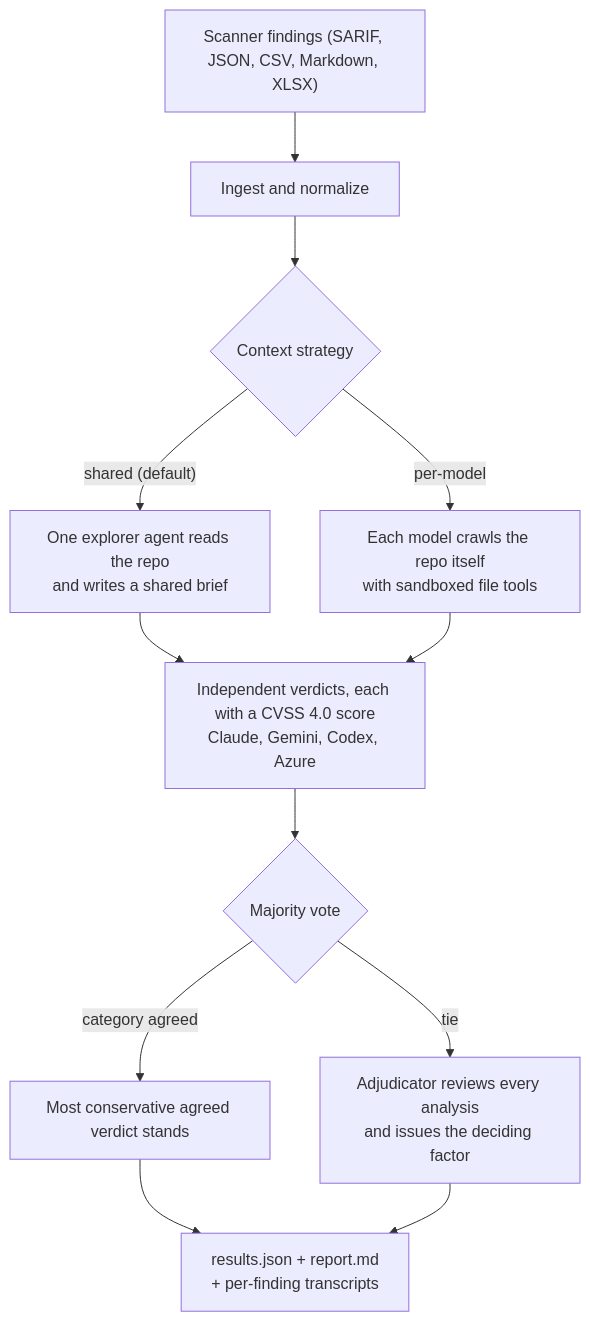
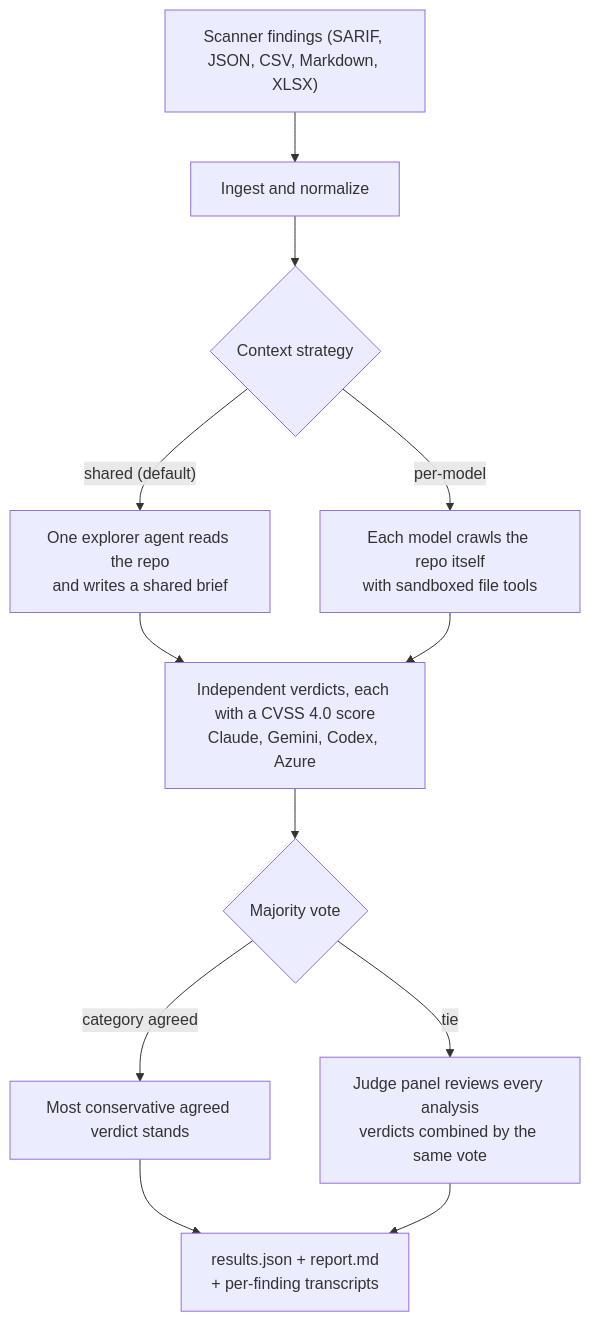
Before and after one commit to seschis/concord: the diagram in README.md, drawn with Mermaid. The commit also changed other lines of this file and 19 other files, not shown here.

````diff
--- a/README.md
+++ b/README.md
@@ -18,14 +19,14 @@
 ```mermaid
 flowchart TD
     A["Scanner findings (SARIF, JSON, CSV, Markdown, XLSX)"] --> B["Ingest and normalize"]
     B --> C{"Context strategy"}
     C -->|"shared (default)"| D["One explorer agent reads the repo<br/>and writes a shared brief"]
     C -->|"per-model"| E["Each model crawls the repo itself<br/>with sandboxed file tools"]
     D --> F["Independent verdicts, each with a CVSS 4.0 score<br/>Claude, Gemini, Codex, Azure"]
     E --> F
     F --> G{"Majority vote"}
     G -->|"category agreed"| H["Most conservative agreed verdict stands"]
-    G -->|"tie"| I["Adjudicator reviews every analysis<br/>and issues the deciding factor"]
+    G -->|"tie"| I["Judge panel reviews every analysis<br/>verdicts combined by the same vote"]
     H --> J["results.json + report.md<br/>+ per-finding transcripts"]
     I --> J
 ```
````
